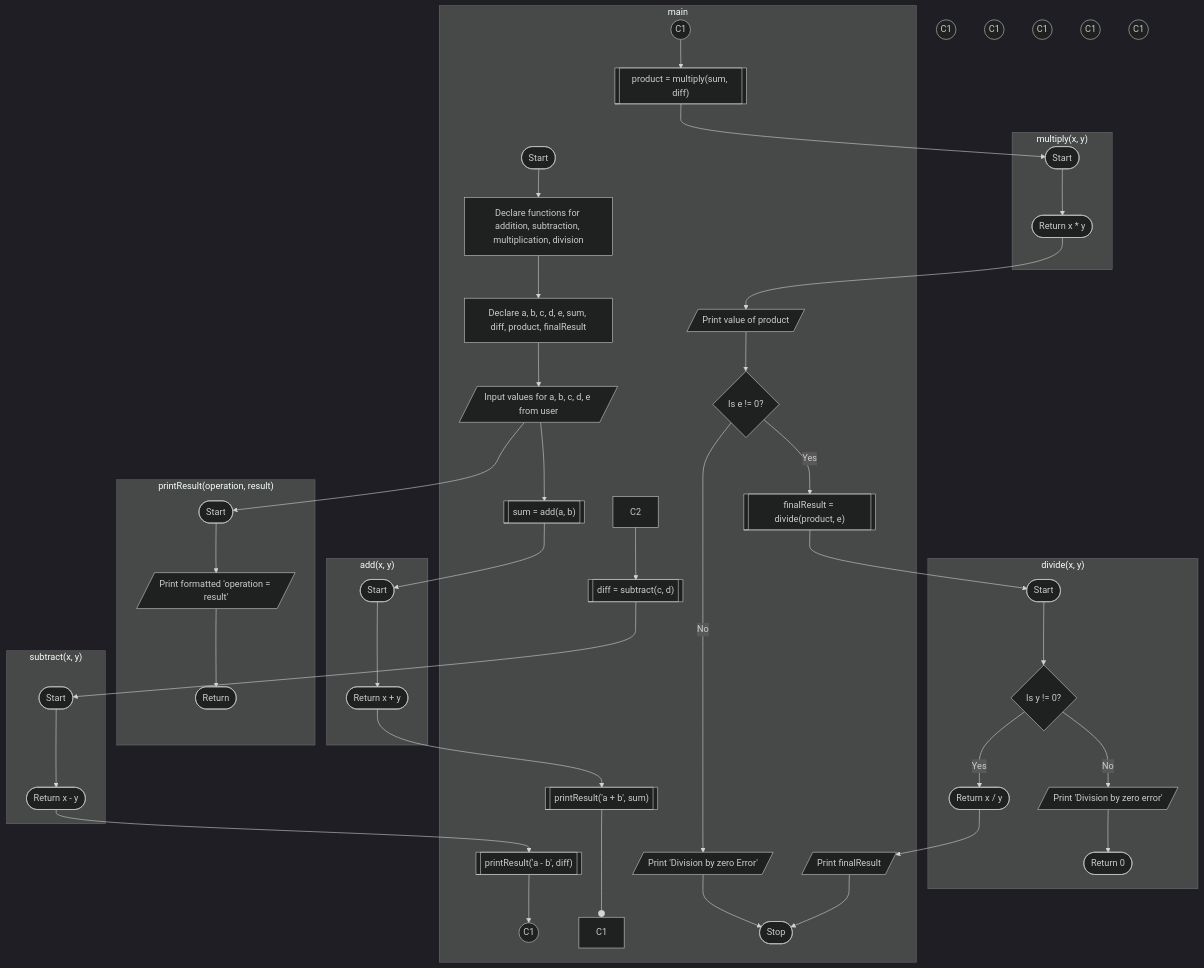
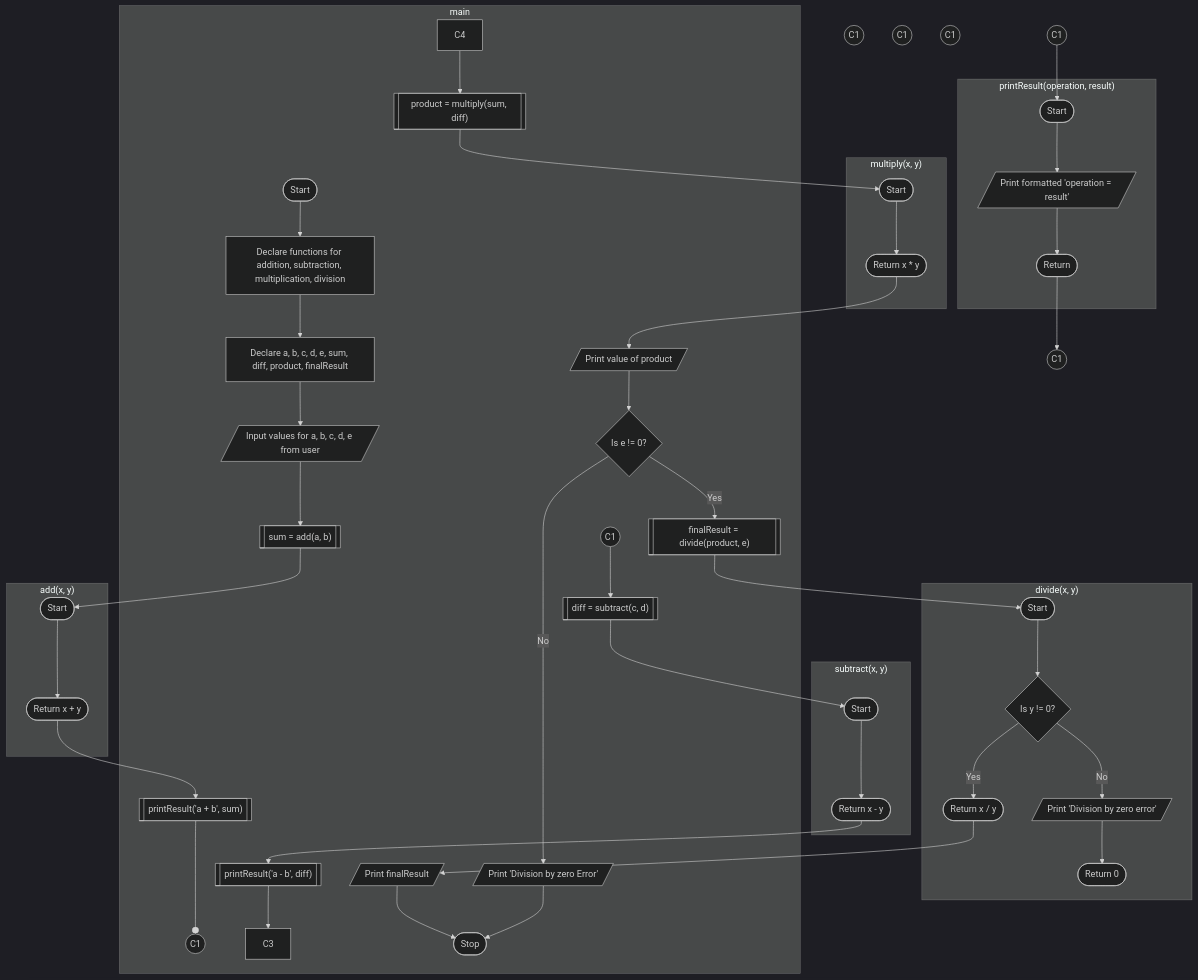
Before and after one commit to Vinit-source/Programming-for-problem-solving: the diagram in PR/P7 - Functions.md, drawn with Mermaid (dark theme). The commit also changed other lines of this file, not shown here.

Commit message:
PR/P7 - Functions.md updated from https://stackedit.io/

````diff
--- a/PR/P7 - Functions.md
+++ b/PR/P7 - Functions.md
@@ -20,66 +20,67 @@
 ```mermaid
 graph TD;
 
 subgraph "add(x, y)" 
 	addStart([Start]);
 	B1([Return x + y]);
 	addStart --> B1;
 end
 subgraph "subtract(x, y)"
 	subStart([Start]);
 	B2([Return x - y]);
 	subStart --> B2;
 end
 subgraph "multiply(x, y)"
 	mulStart([Start]);
 	B3([Return x * y]);
 	mulStart --> B3;
 end
 subgraph "divide(x, y)"
 	divStart([Start]);
 	J{Is y != 0?};
     J -- Yes --> K([Return x / y]);
     J -- No --> M[/Print 'Division by zero error'/];
     divStart --> J;
     M --> MR([Return 0]);
 end
 subgraph "printResult(operation, result)"
 	printStart([Start]);
 	P[/Print formatted 'operation = result'/];
 	R([Return]);
 	printStart --> P;
 	P --> R;
 end
-CAS((C1));
-CA((C1));
-C3((C1));
-C4((C1));
+CAS1((C1));
+CAS2((C1));
+CAE1((C1));
+CAE2((C1));
 C5((C1));
 C6((C1));
 C7((C1));
-C --> printStart;
+CAS2 --> printStart;
+R --> CAE1;
 
 subgraph main
     A([Start]) --> B[Declare functions for addition, subtraction, multiplication, division];
     B --> BB[Declare a, b, c, d, e, sum, diff, product, finalResult];
     BB --> C[/Input values for a, b, c, d, e from user/];
 	C --> CB[["sum = add(a, b)"]];
 	CB --> addStart;
 	B1 --> E[["printResult('a + b', sum)"]];
-    E ---o C1;
-    C2 --> F[["diff = subtract(c, d)"]];
+    E ---o CAS1;
+    CAE2 --> F[["diff = subtract(c, d)"]];
     F --> subStart;
     B2 --> G[["printResult('a - b', diff)"]];
     G --> C3;
     C4 --> H[["product = multiply(sum, diff)"]];
     H --> mulStart;
     B3 --> I[/Print value of product/];
     I --> DB0{Is e != 0?};
     DB0 -- Yes --> I1[["finalResult = divide(product, e)"]];
     I1 --> divStart;
     K --> L[/Print finalResult/];
     L --> N([Stop]);
     DB0 -- No --> N0[/"Print 'Division by zero Error'"/];
     N0 --> N
    end
 ```
````
